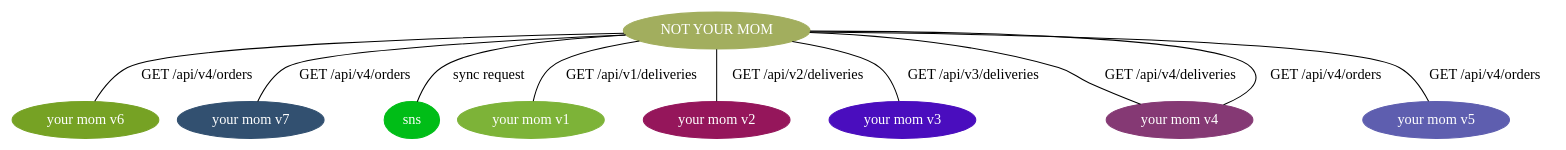
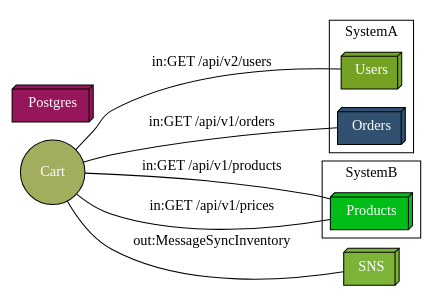
Before and after one commit to alvarg93/micromap: the diagram in micromap.dot, drawn with Graphviz. The commit also changed 7 other files, not shown here.

```diff
--- a/micromap.dot
+++ b/micromap.dot
@@ -1,20 +1,22 @@
 graph {
-"NOT YOUR MOM"[fontcolor=white,style=filled,color="#a2ae5e"]
-"your mom v6"[fontcolor=white,style=filled,color="#76a224"]
-"NOT YOUR MOM" -- "your mom v6"[label="GET /api/v4/orders",weight="1"];
-"your mom v7"[fontcolor=white,style=filled,color="#325070"]
-"NOT YOUR MOM" -- "your mom v7"[label="GET /api/v4/orders",weight="1"];
-"sns"[fontcolor=white,style=filled,color="#00bd17"]
-"NOT YOUR MOM" -- "sns"[label="sync request",weight="1"];
-"your mom v1"[fontcolor=white,style=filled,color="#7db338"]
-"NOT YOUR MOM" -- "your mom v1"[label="GET /api/v1/deliveries",weight="1"];
-"your mom v2"[fontcolor=white,style=filled,color="#95165b"]
-"NOT YOUR MOM" -- "your mom v2"[label="GET /api/v2/deliveries",weight="1"];
-"your mom v3"[fontcolor=white,style=filled,color="#4a0dbe"]
-"NOT YOUR MOM" -- "your mom v3"[label="GET /api/v3/deliveries",weight="1"];
-"your mom v4"[fontcolor=white,style=filled,color="#853974"]
-"NOT YOUR MOM" -- "your mom v4"[label="GET /api/v4/deliveries",weight="1"];
-"NOT YOUR MOM" -- "your mom v4"[label="GET /api/v4/orders",weight="1"];
-"your mom v5"[fontcolor=white,style=filled,color="#5e5eaf"]
-"NOT YOUR MOM" -- "your mom v5"[label="GET /api/v4/orders",weight="1"];
+rankdir=LR
+"Cart"[shape=circle,fontcolor=white,style=filled,fillcolor="#a2ae5e"]
+"Users"[shape=box3d,fontcolor=white,style=filled,fillcolor="#76a224"]
+"Orders"[shape=box3d,fontcolor=white,style=filled,fillcolor="#325070"]
+"Products"[shape=box3d,fontcolor=white,style=filled,fillcolor="#00bd17"]
+"SNS"[shape=box3d,fontcolor=white,style=filled,fillcolor="#7db338"]
+"Postgres"[shape=box3d,fontcolor=white,style=filled,fillcolor="#95165b"]
+"Cart" -- "Products"[label="in:GET /api/v1/products",weight="1"];
+"Cart" -- "Products"[label="in:GET /api/v1/prices",weight="1"];
+"Cart" -- "Users"[label="in:GET /api/v2/users",weight="1"];
+"Cart" -- "Orders"[label="in:GET /api/v1/orders",weight="1"];
+"Cart" -- "SNS"[label="out:MessageSyncInventory",weight="1"];
+subgraph cluster_0{
+label="SystemB";
+Products;
 }
+subgraph cluster_1{
+label="SystemA";
+Users;Orders;
+}
+}
```
